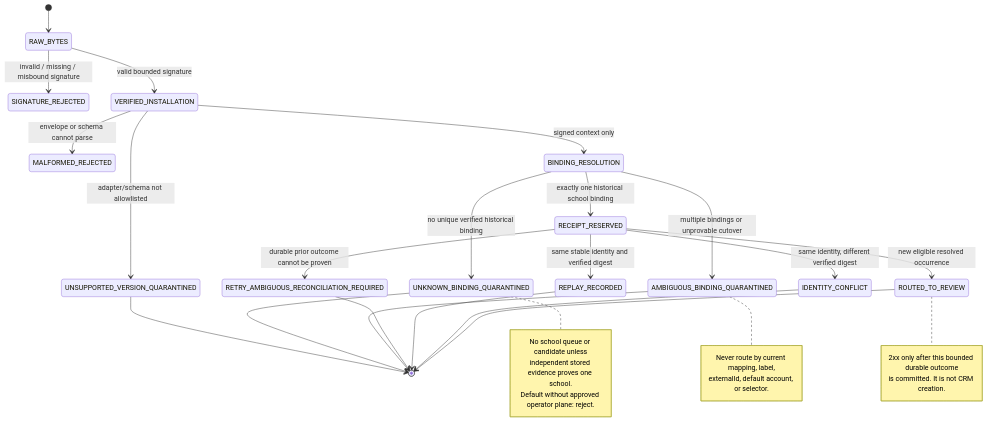
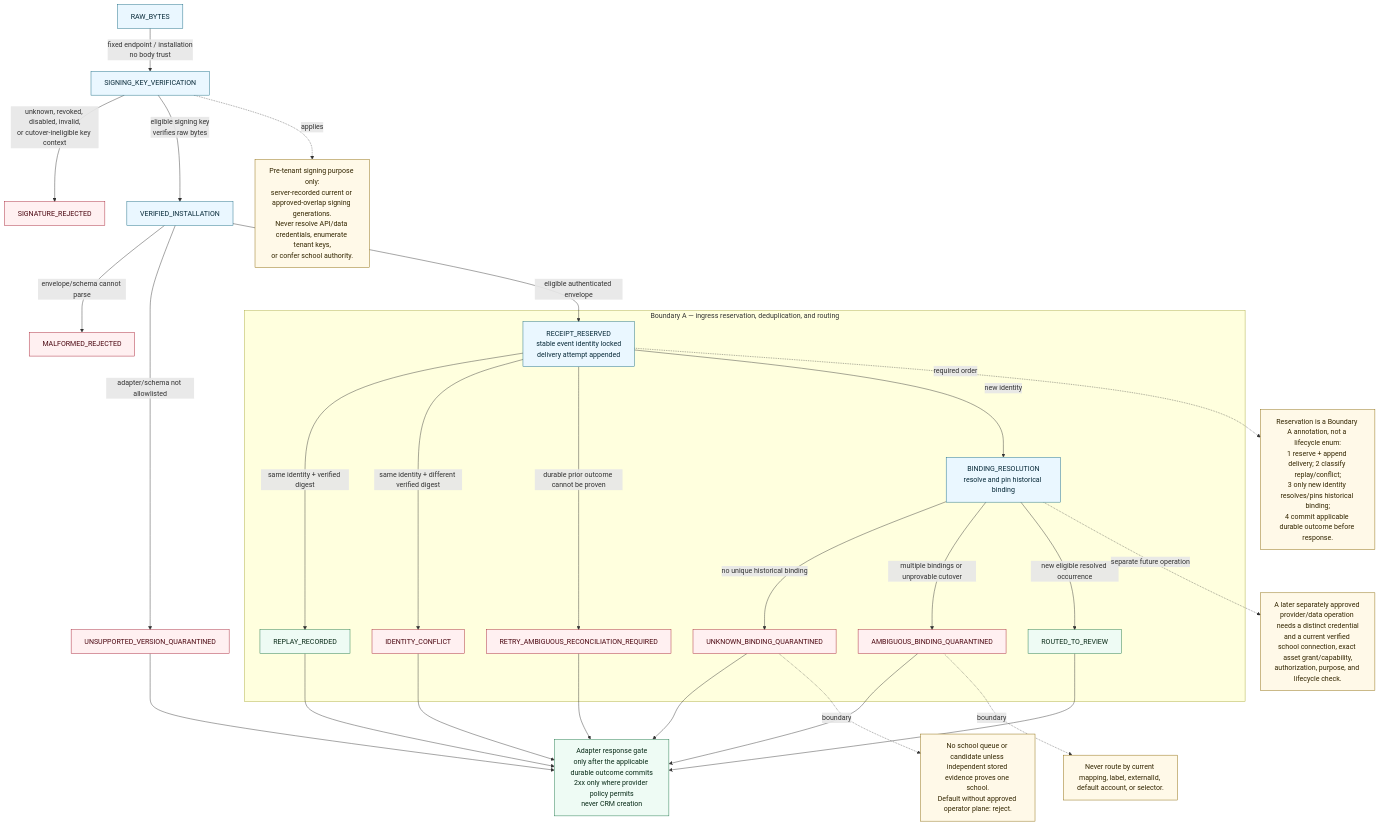
The diagram in docs/diagrams/phase-2a-integration-routing-quarantine.mmd (myhonosai/honos), drawn with Mermaid before and after one commit. The commit also changed 11 other files, not shown here.

Commit message:
docs(crm): clarify phase 2a review recovery

```diff
--- a/docs/diagrams/phase-2a-integration-routing-quarantine.mmd
+++ b/docs/diagrams/phase-2a-integration-routing-quarantine.mmd
@@ -1,40 +1,62 @@
-stateDiagram-v2
-  [*] --> RAW_BYTES
-  RAW_BYTES --> SIGNATURE_REJECTED: invalid / missing / misbound signature
-  RAW_BYTES --> VERIFIED_INSTALLATION: valid bounded signature
-  VERIFIED_INSTALLATION --> MALFORMED_REJECTED: envelope or schema cannot parse
-  VERIFIED_INSTALLATION --> UNSUPPORTED_VERSION_QUARANTINED: adapter/schema not allowlisted
-  VERIFIED_INSTALLATION --> BINDING_RESOLUTION: signed context only
+flowchart TB
+  RAW[RAW_BYTES]
+  SIGN[SIGNING_KEY_VERIFICATION]
+  INST[VERIFIED_INSTALLATION]
 
-  BINDING_RESOLUTION --> UNKNOWN_BINDING_QUARANTINED: no unique verified historical binding
-  BINDING_RESOLUTION --> AMBIGUOUS_BINDING_QUARANTINED: multiple bindings or unprovable cutover
-  BINDING_RESOLUTION --> RECEIPT_RESERVED: exactly one historical school binding
+  RAW -->|fixed endpoint / installation\nno body trust| SIGN
+  SIGN -->|unknown, revoked, disabled, invalid,\nor cutover-ineligible key context| SIG_REJECT[SIGNATURE_REJECTED]
+  SIGN -->|eligible signing key\nverifies raw bytes| INST
+  INST -->|envelope/schema cannot parse| MALFORMED[MALFORMED_REJECTED]
+  INST -->|adapter/schema not allowlisted| UNSUPPORTED[UNSUPPORTED_VERSION_QUARANTINED]
 
-  RECEIPT_RESERVED --> REPLAY_RECORDED: same stable identity and verified digest
-  RECEIPT_RESERVED --> IDENTITY_CONFLICT: same identity, different verified digest
-  RECEIPT_RESERVED --> ROUTED_TO_REVIEW: new eligible resolved occurrence
-  RECEIPT_RESERVED --> RETRY_AMBIGUOUS_RECONCILIATION_REQUIRED: durable prior outcome cannot be proven
+  subgraph boundaryA[Boundary A — ingress reservation, deduplication, and routing]
+    RESERVE[RECEIPT_RESERVED\nstable event identity locked\ndelivery attempt appended]
+    BIND[BINDING_RESOLUTION\nresolve and pin historical binding]
+    REPLAY[REPLAY_RECORDED]
+    CONFLICT[IDENTITY_CONFLICT]
+    RETRY_AMBIG[RETRY_AMBIGUOUS_RECONCILIATION_REQUIRED]
+    UNKNOWN[UNKNOWN_BINDING_QUARANTINED]
+    AMBIG[AMBIGUOUS_BINDING_QUARANTINED]
+    ROUTED[ROUTED_TO_REVIEW]
+  end
 
-  UNSUPPORTED_VERSION_QUARANTINED --> [*]
-  UNKNOWN_BINDING_QUARANTINED --> [*]
-  AMBIGUOUS_BINDING_QUARANTINED --> [*]
-  RETRY_AMBIGUOUS_RECONCILIATION_REQUIRED --> [*]
-  REPLAY_RECORDED --> [*]
-  IDENTITY_CONFLICT --> [*]
-  ROUTED_TO_REVIEW --> [*]
+  INST -->|eligible authenticated envelope| RESERVE
+  RESERVE -->|same identity + verified digest| REPLAY
+  RESERVE -->|same identity + different verified digest| CONFLICT
+  RESERVE -->|durable prior outcome cannot be proven| RETRY_AMBIG
+  RESERVE -->|new identity| BIND
+  BIND -->|no unique historical binding| UNKNOWN
+  BIND -->|multiple bindings or unprovable cutover| AMBIG
+  BIND -->|new eligible resolved occurrence| ROUTED
 
-  note right of UNKNOWN_BINDING_QUARANTINED
-    No school queue or candidate unless
-    independent stored evidence proves one school.
-    Default without approved operator plane: reject.
-  end note
+  ACK[Adapter response gate\nonly after the applicable durable outcome commits\n2xx only where provider policy permits\nnever CRM creation]
+  REPLAY --> ACK
+  CONFLICT --> ACK
+  RETRY_AMBIG --> ACK
+  UNSUPPORTED --> ACK
+  UNKNOWN --> ACK
+  AMBIG --> ACK
+  ROUTED --> ACK
 
-  note right of AMBIGUOUS_BINDING_QUARANTINED
-    Never route by current mapping, label,
-    externalId, default account, or selector.
-  end note
+  PRENOTE[Pre-tenant signing purpose only:\nserver-recorded current or approved-overlap signing generations.\nNever resolve API/data credentials, enumerate tenant keys,\nor confer school authority.]
+  SIGN -. applies .-> PRENOTE
 
-  note right of ROUTED_TO_REVIEW
-    2xx only after this bounded durable outcome
-    is committed. It is not CRM creation.
-  end note
+  ORDERNOTE[Reservation is a Boundary A annotation, not a lifecycle enum:\n1 reserve + append delivery; 2 classify replay/conflict;\n3 only new identity resolves/pins historical binding;\n4 commit applicable durable outcome before response.]
+  RESERVE -. required order .-> ORDERNOTE
+
+  POSTNOTE[A later separately approved provider/data operation needs a distinct credential\nand a current verified school connection, exact asset grant/capability,\nauthorization, purpose, and lifecycle check.]
+  BIND -. separate future operation .-> POSTNOTE
+
+  UNKNOWNNOTE[No school queue or candidate unless independent stored evidence proves one school.\nDefault without approved operator plane: reject.]
+  UNKNOWN -. boundary .-> UNKNOWNNOTE
+  AMBIGNOTE[Never route by current mapping, label, externalId, default account, or selector.]
+  AMBIG -. boundary .-> AMBIGNOTE
+
+  classDef receipt fill:#eaf7ff,stroke:#126782,color:#082a39
+  classDef reject fill:#fff0f1,stroke:#a51c30,color:#4a0610
+  classDef durable fill:#eefbf4,stroke:#197345,color:#092b18
+  classDef note fill:#fff9e8,stroke:#886500,color:#332600
+  class RAW,SIGN,INST,RESERVE,BIND receipt
+  class SIG_REJECT,MALFORMED,UNSUPPORTED,UNKNOWN,AMBIG,RETRY_AMBIG,CONFLICT reject
+  class REPLAY,ROUTED,ACK durable
+  class PRENOTE,ORDERNOTE,POSTNOTE,UNKNOWNNOTE,AMBIGNOTE note
```
